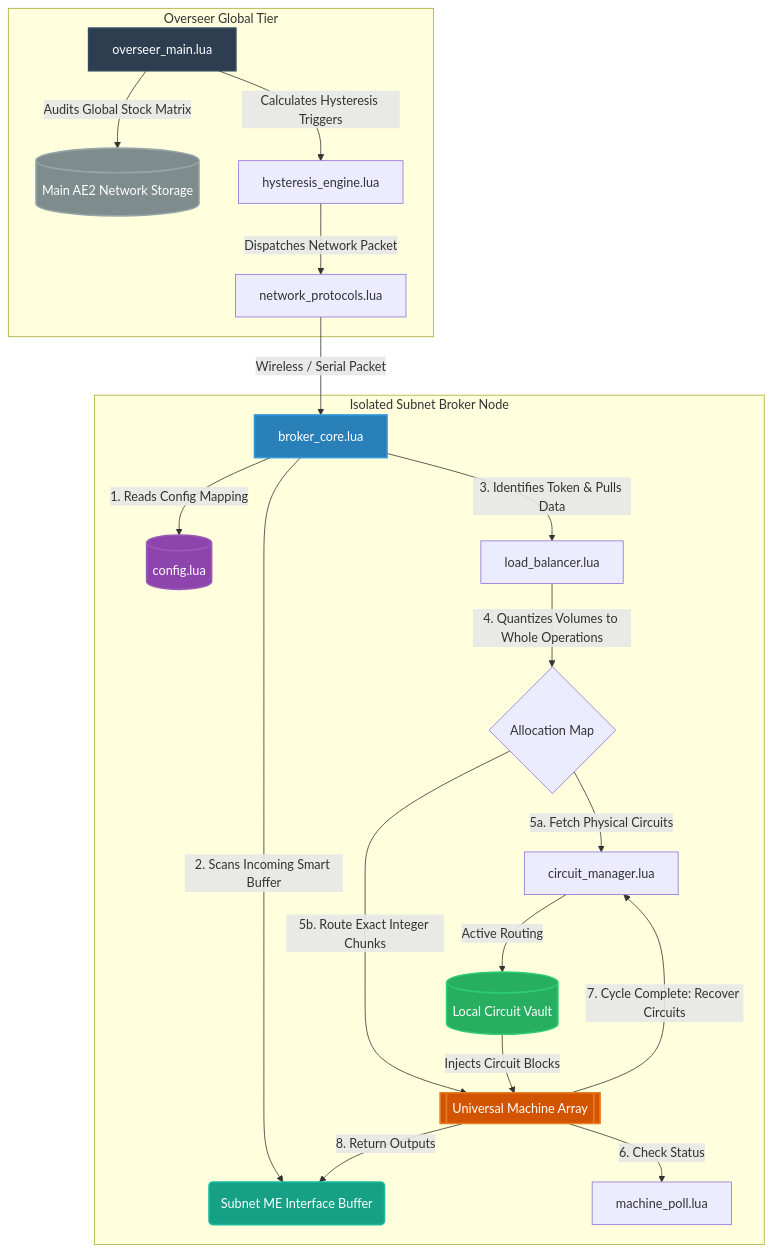
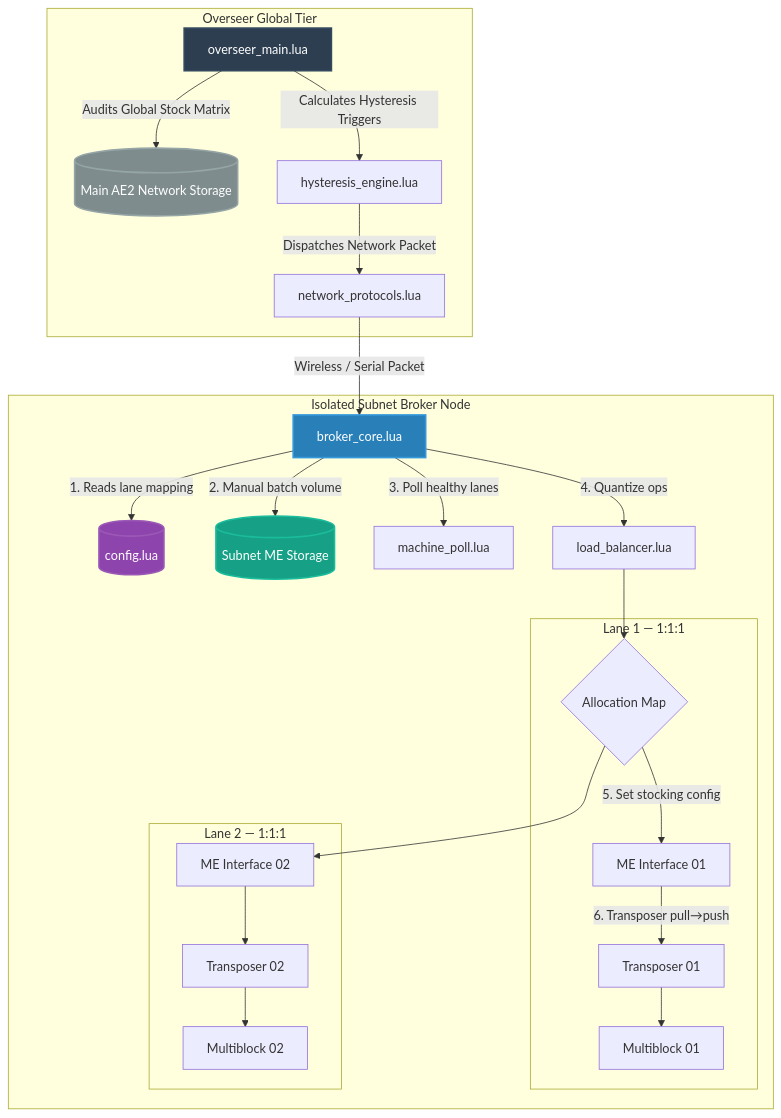
Before and after one commit to tjmeltesen/AutoOS: the diagram in README.md, drawn with Mermaid. The commit also changed other lines of this file and 10 other files, not shown here.

````diff
--- a/README.md
+++ b/README.md
@@ -11,43 +11,35 @@
 ```mermaid
 graph TD
-    %% Overseer Macro Level
     subgraph Overseer_Tier [Overseer Global Tier]
         Overseer[overseer_main.lua] -->|Audits Global Stock Matrix| Global_Storage[(Main AE2 Network Storage)]
         Overseer -->|Calculates Hysteresis Triggers| Hysteresis[hysteresis_engine.lua]
         Hysteresis -->|Dispatches Network Packet| Net_Bridge[network_protocols.lua]
     end
 
-    %% Network Packet Routing
     Net_Bridge -->|Wireless / Serial Packet| Broker_Core
 
-    %% Subnet Architecture
     subgraph Subnet_Node [Isolated Subnet Broker Node]
-        Broker_Core[broker_core.lua] -->|1. Reads Config Mapping| Local_Config[(config.lua)]
-        Broker_Core -->|2. Scans Incoming Smart Buffer| ME_Int(Subnet ME Interface Buffer)
-        
-        %% Core Control Logic
-        Broker_Core -->|3. Identifies Token & Pulls Data| Math_Engine[load_balancer.lua]
-        Math_Engine -->|4. Quantizes Volumes to Whole Operations| Alloc_Map{Allocation Map}
-        
-        %% Physical Execution Paths
-        Alloc_Map -->|5a. Fetch Physical Circuits| Vault_Mgr[circuit_manager.lua]
-        Vault_Mgr -->|Active Routing| Vault[(Local Circuit Vault)]
-        
-        Alloc_Map -->|5b. Route Exact Integer Chunks| Machine_Pool[[Universal Machine Array]]
-        Vault -->|Injects Circuit Blocks| Machine_Pool
-        
-        %% Cleanup Cycle
-        Machine_Pool -->|6. Check Status| Status_Check[machine_poll.lua]
-        Machine_Pool -->|7. Cycle Complete: Recover Circuits| Vault_Mgr
-        Machine_Pool -->|8. Return Outputs| ME_Int
+        Broker_Core[broker_core.lua] -->|1. Reads lane mapping| Local_Config[(config.lua)]
+        Broker_Core -->|2. Manual batch volume| Subnet_Storage[(Subnet ME Storage)]
+        Broker_Core -->|3. Poll healthy lanes| Status_Check[machine_poll.lua]
+        Broker_Core -->|4. Quantize ops| Math_Engine[load_balancer.lua]
+        Math_Engine --> Alloc_Map{Allocation Map}
+
+        subgraph Lane_01 [Lane 1 — 1:1:1]
+            Alloc_Map -->|5. Set stocking config| IF1[ME Interface 01]
+            IF1 -->|6. Transposer pull→push| TP1[Transposer 01]
+            TP1 --> MB1[Multiblock 01]
+        end
+        subgraph Lane_02 [Lane 2 — 1:1:1]
+            Alloc_Map --> IF2[ME Interface 02]
+            IF2 --> TP2[Transposer 02]
+            TP2 --> MB2[Multiblock 02]
+        end
     end
 
-    %% Styling
     style Overseer fill:#2c3e50,stroke:#34495e,stroke-width:2px,color:#fff
     style Global_Storage fill:#7f8c8d,stroke:#95a5a6,stroke-width:2px,color:#fff
-    style ME_Int fill:#16a085,stroke:#1abc9c,stroke-width:2px,color:#fff
     style Broker_Core fill:#2980b9,stroke:#3498db,stroke-width:2px,color:#fff
     style Local_Config fill:#8e44ad,stroke:#9b59b6,stroke-width:2px,color:#fff
-    style Machine_Pool fill:#d35400,stroke:#e67e22,stroke-width:2px,color:#fff
-    style Vault fill:#27ae60,stroke:#2ecc71,stroke-width:2px,color:#fff
+    style Subnet_Storage fill:#16a085,stroke:#1abc9c,stroke-width:2px,color:#fff
 ```
````
